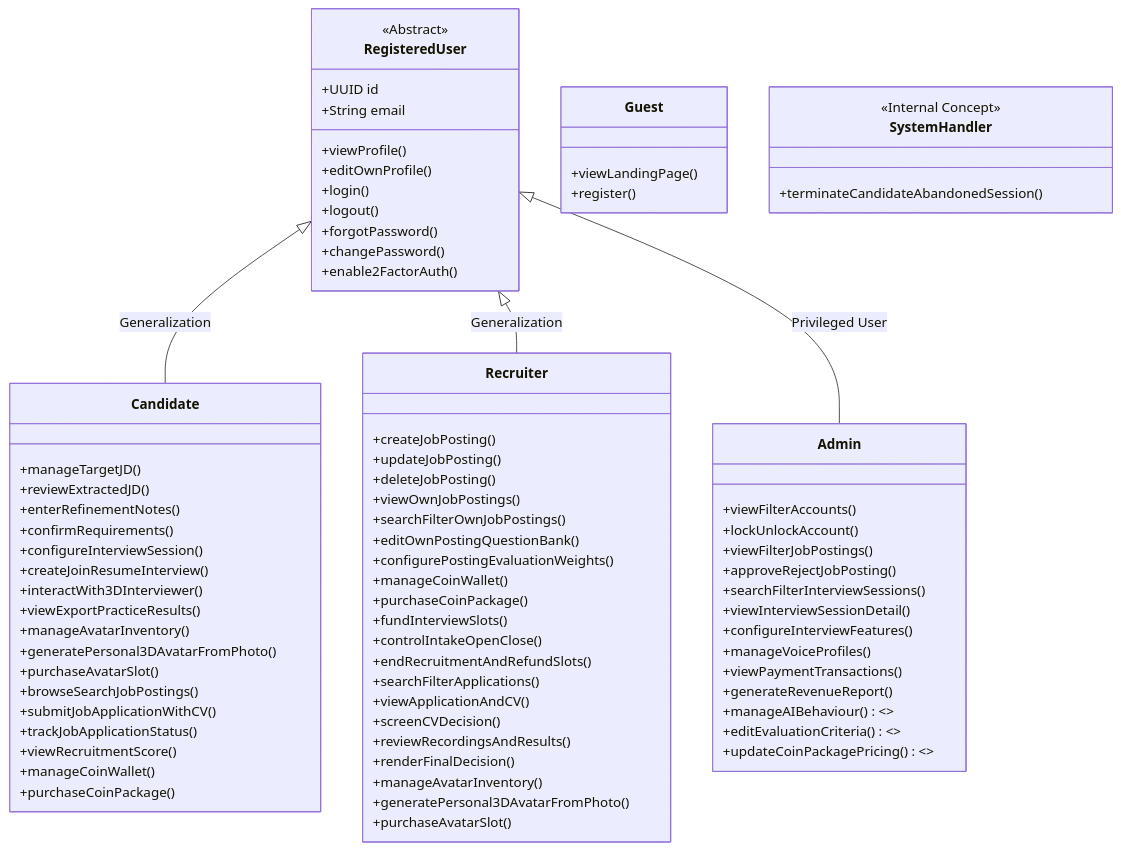
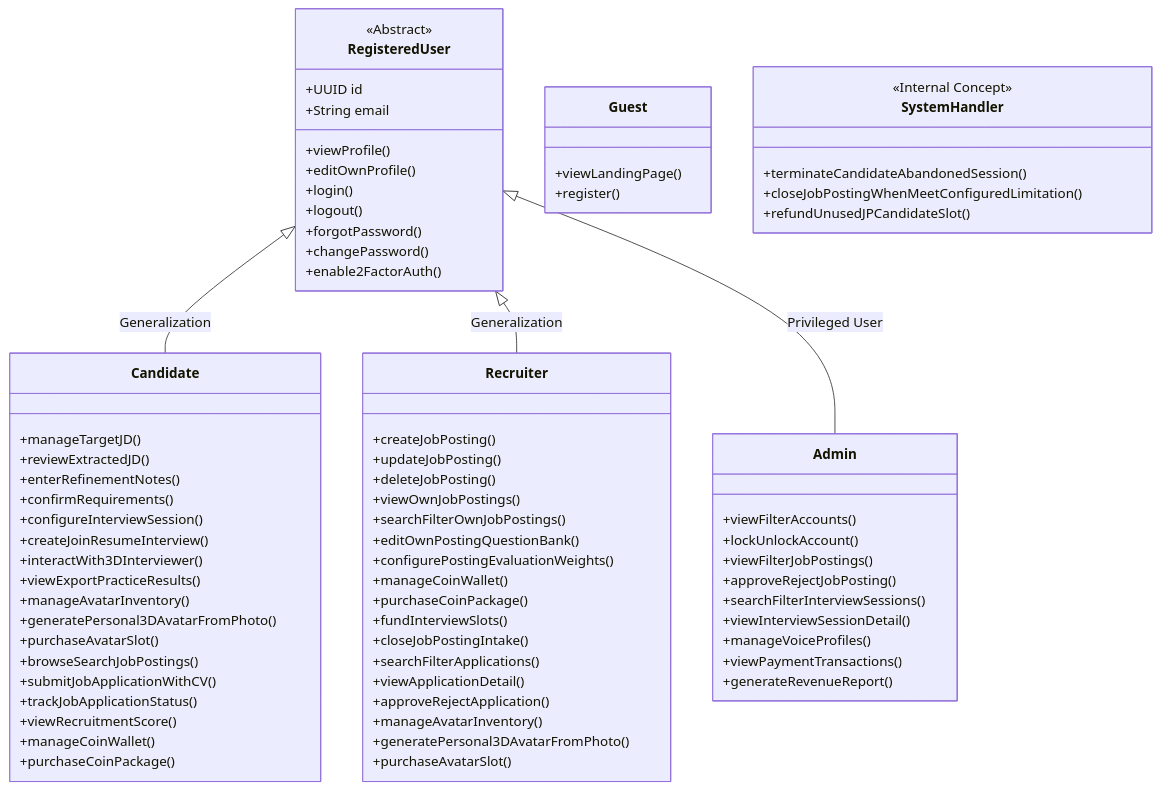
Before and after one commit to cog-forge/role-cue-brain: the diagram in 00_Project/Actors-and-Capabilities.md, drawn with Mermaid. The commit also changed other lines of this file and 16 other files, not shown here.

Commit message:
docs: sync brain to final recruitment contract

```diff
--- a/00_Project/Actors-and-Capabilities.md
+++ b/00_Project/Actors-and-Capabilities.md
@@ -71,13 +71,10 @@
         +manageCoinWallet()
         +purchaseCoinPackage()
         +fundInterviewSlots()
-        +controlIntakeOpenClose()
-        +endRecruitmentAndRefundSlots()
+        +closeJobPostingIntake()
         +searchFilterApplications()
-        +viewApplicationAndCV()
-        +screenCVDecision()
-        +reviewRecordingsAndResults()
-        +renderFinalDecision()
+        +viewApplicationDetail()
+        +approveRejectApplication()
         +manageAvatarInventory()
         +generatePersonal3DAvatarFromPhoto()
         +purchaseAvatarSlot()
@@ -90,18 +87,16 @@
         +approveRejectJobPosting()
         +searchFilterInterviewSessions()
         +viewInterviewSessionDetail()
-        +configureInterviewFeatures()
         +manageVoiceProfiles()
         +viewPaymentTransactions()
         +generateRevenueReport()
-        +manageAIBehaviour() <<Awaiting Confirmation>>
-        +editEvaluationCriteria() <<Awaiting Confirmation>>
-        +updateCoinPackagePricing() <<Awaiting Confirmation>>
     }
 
     class SystemHandler {
         <<Internal Concept>>
         +terminateCandidateAbandonedSession()
+        +closeJobPostingWhenMeetConfiguredLimitation()
+        +refundUnusedJPCandidateSlot()
     }
 
     RegisteredUser <|-- Candidate : Generalization
```
